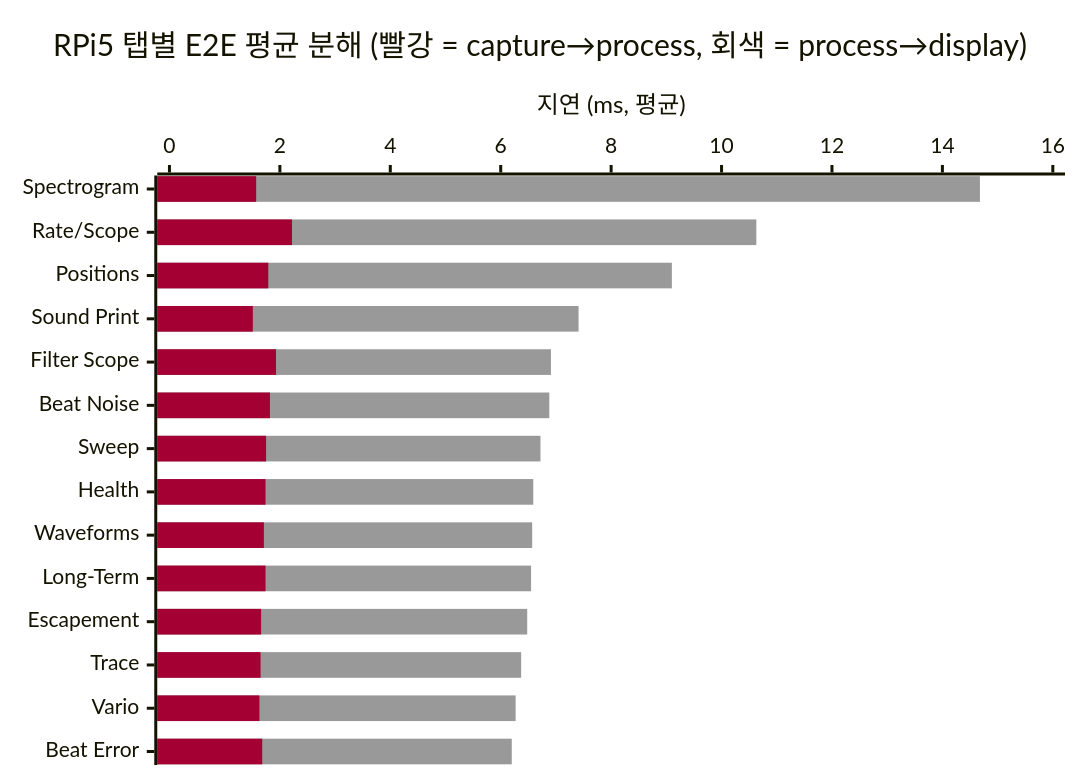
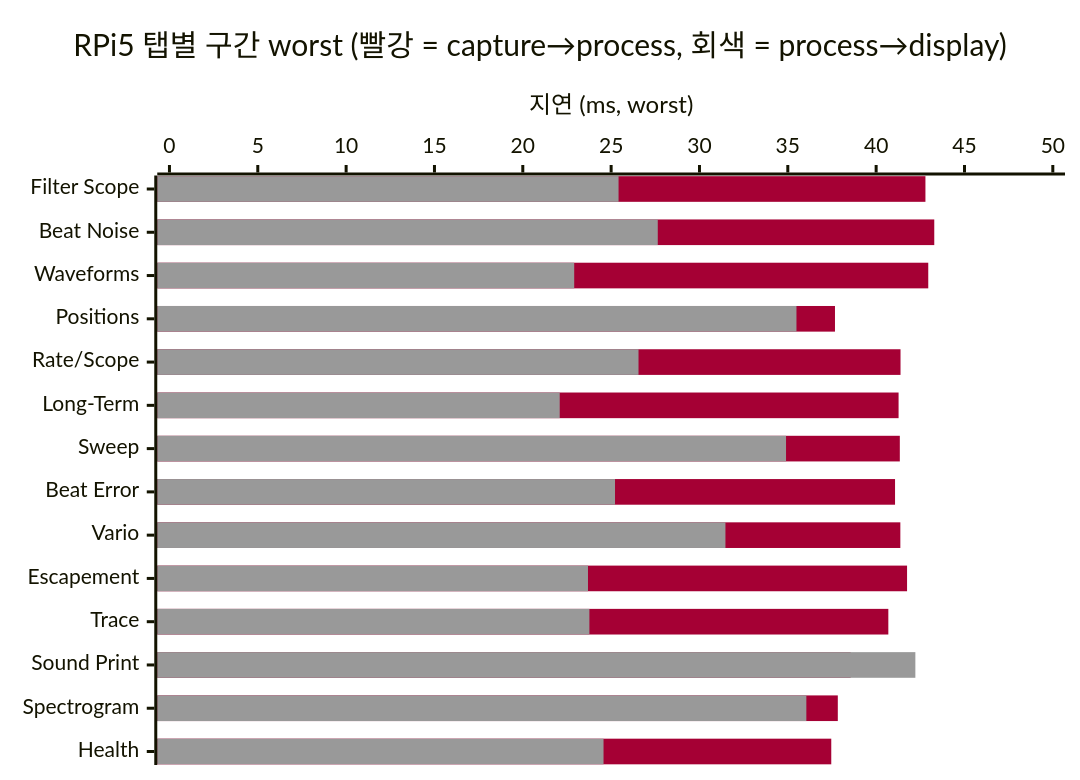
One commit to lgcmu2026-team5/TimeGrapher-Docs changed the fourth of 6 diagrams in Milestone/ko/4-Planned-Experiments.md. Above: the diagram before and after it, drawn with Mermaid. The commit also changed other lines of this file and 15 other files, not shown here.

````diff
--- a/Milestone/ko/4-Planned-Experiments.md
+++ b/Milestone/ko/4-Planned-Experiments.md
@@ -192,9 +194,9 @@
 ```mermaid
-%%{init: {"themeVariables": {"xyChart": {"plotColorPalette": "#999999, #A50034"}}}}%%
+%%{init: {"themeVariables": {"xyChart": {"plotColorPalette": "#A50034, #999999"}}}}%%
 xychart-beta horizontal
-    title "RPi5 탭별 E2E 평균 분해 (빨강 = capture→process, 회색 = process→display)"
-    x-axis ["Spectrogram", "Rate/Scope", "Positions", "Sound Print", "Filter Scope", "Beat Noise", "Sweep", "Health", "Waveforms", "Long-Term", "Escapement", "Trace", "Vario", "Beat Error"]
-    y-axis "지연 (ms, 평균)" 0 --> 16
-    bar [14.68, 10.63, 9.10, 7.41, 6.91, 6.88, 6.72, 6.59, 6.57, 6.55, 6.48, 6.37, 6.27, 6.20]
-    bar [1.57, 2.22, 1.79, 1.51, 1.93, 1.82, 1.75, 1.74, 1.71, 1.74, 1.66, 1.65, 1.63, 1.68]
+    title "RPi5 탭별 구간 worst (빨강 = capture→process, 회색 = process→display)"
+    x-axis ["Filter Scope", "Beat Noise", "Waveforms", "Positions", "Rate/Scope", "Long-Term", "Sweep", "Beat Error", "Vario", "Escapement", "Trace", "Sound Print", "Spectrogram", "Health"]
+    y-axis "지연 (ms, worst)" 0 --> 50
+    bar [42.79, 43.29, 42.95, 37.67, 41.38, 41.27, 41.34, 41.07, 41.37, 41.75, 40.69, 38.56, 37.83, 37.46]
+    bar [25.42, 27.64, 22.91, 35.49, 26.55, 22.09, 34.90, 25.22, 31.47, 23.69, 23.77, 42.22, 36.05, 24.57]
 ```
````
